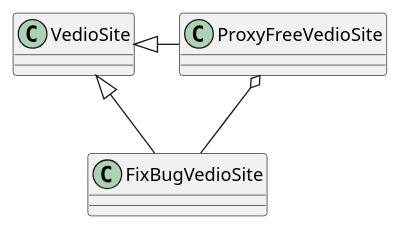
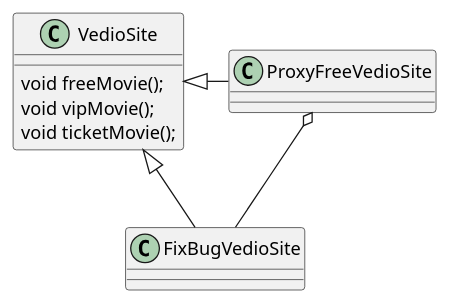
One commit to fengxuegt/MyDesignPattern changed the diagram in shilei/proxy/proxy.wsd. Above: the diagram before and after it, drawn with PlantUML. The commit also changed 1 other file, not shown here.

```diff
--- a/shilei/proxy/proxy.wsd
+++ b/shilei/proxy/proxy.wsd
@@ -1,18 +1,20 @@
 @startuml
 
 class VedioSite {
-
+    void freeMovie();
+    void vipMovie();
+    void ticketMovie();
 }
 
 class FixBugVedioSite {
 
 }
 
 class ProxyFreeVedioSite {
 
 }
 
 VedioSite <|- FixBugVedioSite
 VedioSite <|- ProxyFreeVedioSite
 ProxyFreeVedioSite o-- FixBugVedioSite
 @enduml
```
